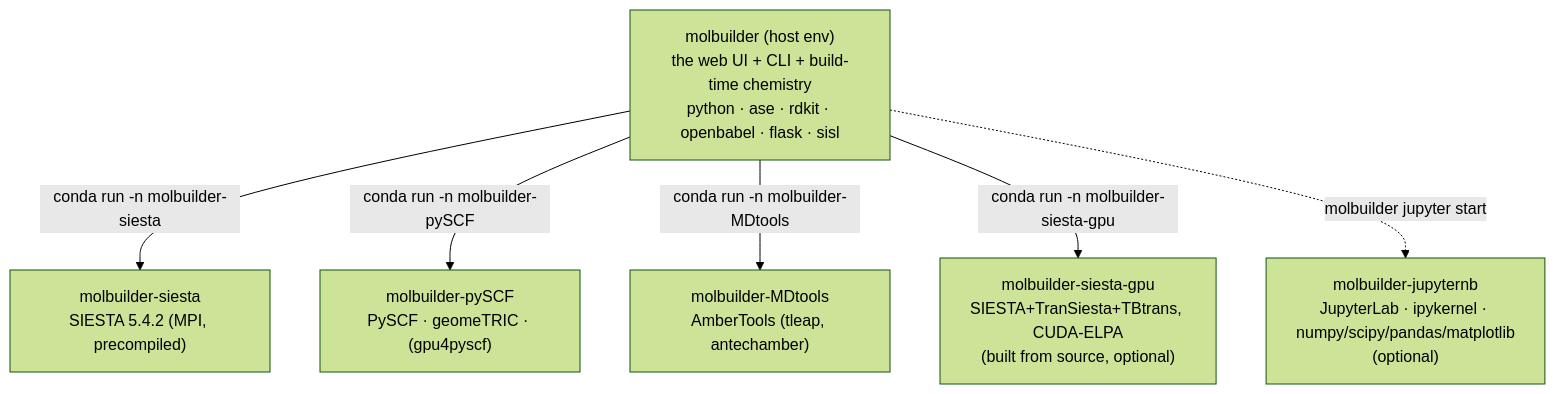
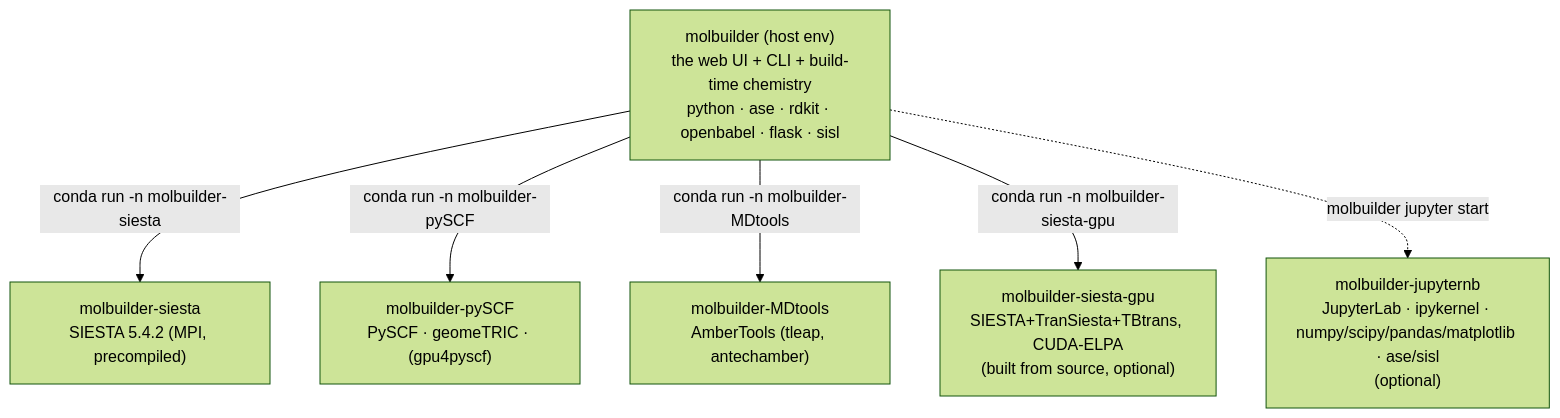
The diagram in docs/ops/installation.md (Qing-LAB/molbuilder), drawn with Mermaid (forest theme) before and after one commit. The commit also changed other lines of this file and 2 other files, not shown here.

Commit message:
envs: the notebook env carries ase and sisl -- a notebook reads the MD and trajectory formats calculations produce
User ruling 2026-09-24, revising the 2026-09-14 one that kept every science
package out of molbuilder-jupyternb: a notebook has to read the MD and
trajectory formats calculations produce (extended-XYZ, ASE .traj, xyz, pdb,
cif, the engine outputs ase's readers cover), and ase is that reader; sisl
is the same for what SIESTA and TBtrans write.  One consequence is the
frame set of transport.md 2a.9 -- one multi-frame extended-XYZ pair -- whose
bare-metal generator is a notebook with ase in it.  The env still carries no
calculation engine; that half of the earlier ruling stands, and the drift
cost it named is recorded as real and unchecked.

Installed through the framework: `envs repair` added the two packages,
`install-env.sh install molbuilder-jupyternb` then reported all ten declared
packages present and the verify (now importing ase and sisl) OK; doctor OK
for every env.  Both envs hold ase 3.29.0 and sisl 0.16.4 from conda-forge.
Checked: a two-frame extended-XYZ written with ase in the notebook env
reads back frame by frame through molbuilder's own codec.

````diff
--- a/docs/ops/installation.md
+++ b/docs/ops/installation.md
@@ -24,9 +24,9 @@
 ```mermaid
 flowchart TD
   HOST["molbuilder (host env)<br/>the web UI + CLI + build-time chemistry<br/>python · ase · rdkit · openbabel · flask · sisl"]
   HOST -->|"conda run -n molbuilder-siesta"| SI["molbuilder-siesta<br/>SIESTA 5.4.2 (MPI, precompiled)"]
   HOST -->|"conda run -n molbuilder-pySCF"| PY["molbuilder-pySCF<br/>PySCF · geomeTRIC · (gpu4pyscf)"]
   HOST -->|"conda run -n molbuilder-MDtools"| MD["molbuilder-MDtools<br/>AmberTools (tleap, antechamber)"]
   HOST -->|"conda run -n molbuilder-siesta-gpu"| GPU["molbuilder-siesta-gpu<br/>SIESTA+TranSiesta+TBtrans, CUDA-ELPA<br/>(built from source, optional)"]
-  HOST -.->|"molbuilder jupyter start"| NB["molbuilder-jupyternb<br/>JupyterLab · ipykernel · numpy/scipy/pandas/matplotlib<br/>(optional)"]
+  HOST -.->|"molbuilder jupyter start"| NB["molbuilder-jupyternb<br/>JupyterLab · ipykernel · numpy/scipy/pandas/matplotlib · ase/sisl<br/>(optional)"]
 ```
````
